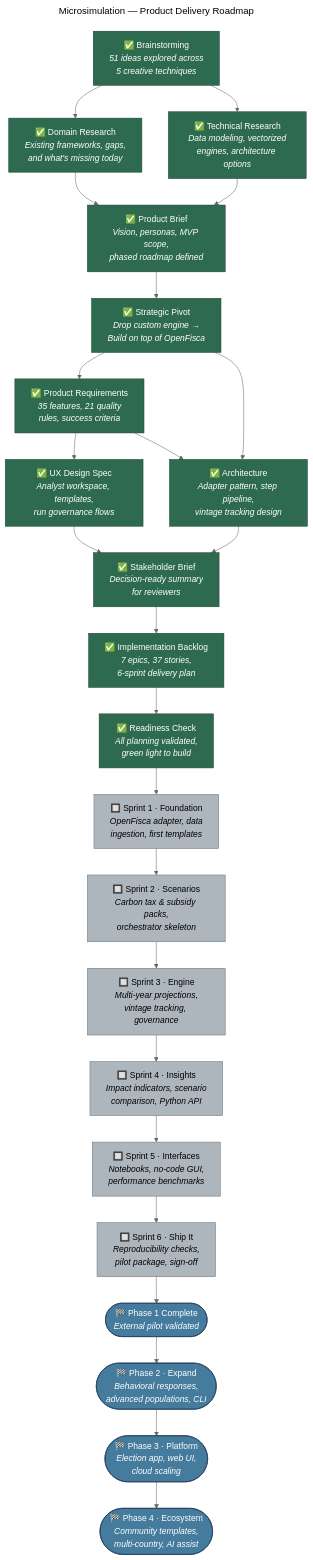
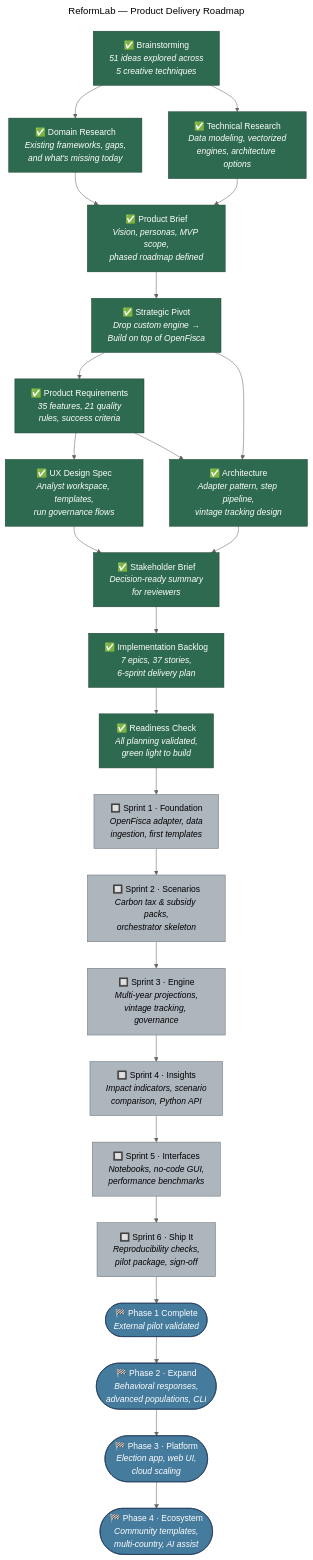
Before and after one commit to reformlab/ReformLab: the diagram in _bmad-output/roadmap/product-delivery-roadmap-2026-02-25.md, drawn with Mermaid (neutral theme). The commit also changed other lines of this file and 14 other files, not shown here.

First line of the commit message:
Rename Microsimulation to ReformLab across all project files

````diff
--- a/_bmad-output/roadmap/product-delivery-roadmap-2026-02-25.md
+++ b/_bmad-output/roadmap/product-delivery-roadmap-2026-02-25.md
@@ -18,54 +18,54 @@
 ```mermaid
 ---
-title: Microsimulation — Product Delivery Roadmap
+title: ReformLab — Product Delivery Roadmap
 ---
 flowchart TD
     classDef done fill:#2d6a4f,stroke:#1b4332,color:#fff
     classDef upcoming fill:#adb5bd,stroke:#6c757d,color:#000
     classDef milestone fill:#457b9d,stroke:#1d3557,color:#fff
 
     BS["✅ Brainstorming<br><i>51 ideas explored across<br>5 creative techniques</i>"]:::done
     DR["✅ Domain Research<br><i>Existing frameworks, gaps,<br>and what's missing today</i>"]:::done
     TR["✅ Technical Research<br><i>Data modeling, vectorized<br>engines, architecture options</i>"]:::done
 
     PB["✅ Product Brief<br><i>Vision, personas, MVP scope,<br>phased roadmap defined</i>"]:::done
     PIVOT["✅ Strategic Pivot<br><i>Drop custom engine →<br>Build on top of OpenFisca</i>"]:::done
 
     PRD["✅ Product Requirements<br><i>35 features, 21 quality<br>rules, success criteria</i>"]:::done
     UX["✅ UX Design Spec<br><i>Analyst workspace, templates,<br>run governance flows</i>"]:::done
     ARCH["✅ Architecture<br><i>Adapter pattern, step pipeline,<br>vintage tracking design</i>"]:::done
     REVIEW["✅ Stakeholder Brief<br><i>Decision-ready summary<br>for reviewers</i>"]:::done
 
     BKL["✅ Implementation Backlog<br><i>7 epics, 37 stories,<br>6-sprint delivery plan</i>"]:::done
     READY["✅ Readiness Check<br><i>All planning validated,<br>green light to build</i>"]:::done
 
     S1["🔲 Sprint 1 · Foundation<br><i>OpenFisca adapter, data<br>ingestion, first templates</i>"]:::upcoming
     S2["🔲 Sprint 2 · Scenarios<br><i>Carbon tax & subsidy packs,<br>orchestrator skeleton</i>"]:::upcoming
     S3["🔲 Sprint 3 · Engine<br><i>Multi-year projections,<br>vintage tracking, governance</i>"]:::upcoming
     S4["🔲 Sprint 4 · Insights<br><i>Impact indicators, scenario<br>comparison, Python API</i>"]:::upcoming
     S5["🔲 Sprint 5 · Interfaces<br><i>Notebooks, no-code GUI,<br>performance benchmarks</i>"]:::upcoming
     S6["🔲 Sprint 6 · Ship It<br><i>Reproducibility checks,<br>pilot package, sign-off</i>"]:::upcoming
 
     M1(["🏁 Phase 1 Complete<br><i>External pilot validated</i>"]):::milestone
     M2(["🏁 Phase 2 · Expand<br><i>Behavioral responses,<br>advanced populations, CLI</i>"]):::milestone
     M3(["🏁 Phase 3 · Platform<br><i>Election app, web UI,<br>cloud scaling</i>"]):::milestone
     M4(["🏁 Phase 4 · Ecosystem<br><i>Community templates,<br>multi-country, AI assist</i>"]):::milestone
 
     BS --> DR
     BS --> TR
     DR --> PB
     TR --> PB
     PB --> PIVOT
     PIVOT --> PRD
     PIVOT --> ARCH
     PRD --> UX
     PRD --> ARCH
     UX --> REVIEW
     ARCH --> REVIEW
     REVIEW --> BKL
     BKL --> READY
     READY --> S1
     S1 --> S2 --> S3 --> S4 --> S5 --> S6
     S6 --> M1
     M1 --> M2 --> M3 --> M4
 ```
````
